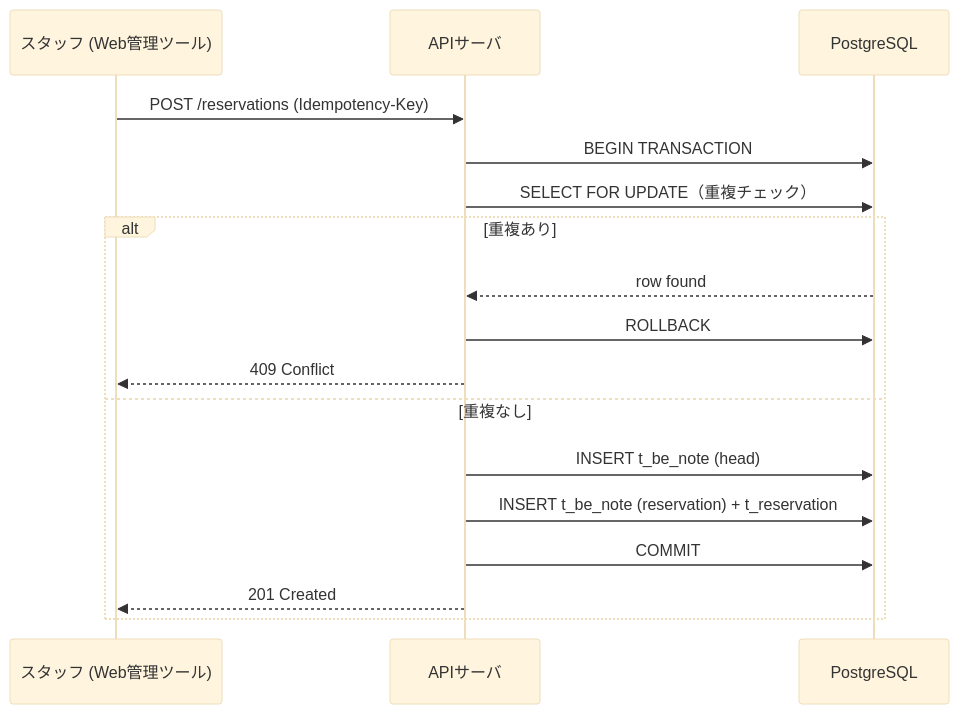
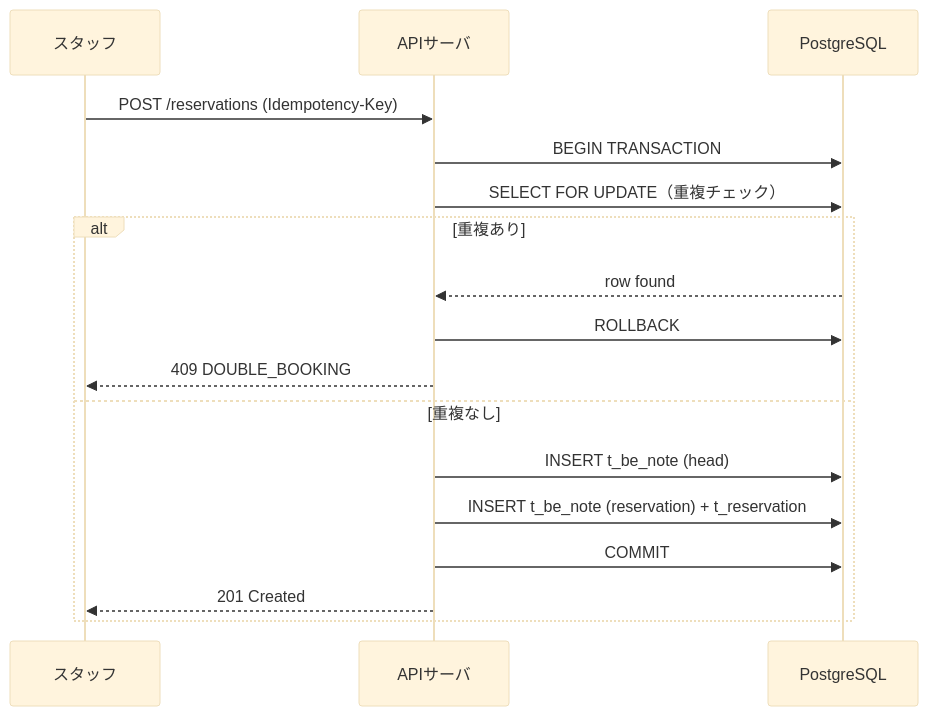
The first of 2 diagrams in 定義書/予約ロジック設計書.md (hachiju88/be-note), drawn with Mermaid (base theme) before and after one commit. The commit also changed other lines of this file, not shown here.

````diff
--- a/定義書/予約ロジック設計書.md
+++ b/定義書/予約ロジック設計書.md
@@ -434,20 +537,20 @@
 ```mermaid
 sequenceDiagram
-    participant S as スタッフ (Web管理ツール)
+    participant S as スタッフ
     participant API as APIサーバ
     participant DB as PostgreSQL
 
     S->>API: POST /reservations (Idempotency-Key)
     API->>DB: BEGIN TRANSACTION
     API->>DB: SELECT FOR UPDATE（重複チェック）
     alt 重複あり
         DB-->>API: row found
         API->>DB: ROLLBACK
-        API-->>S: 409 Conflict
+        API-->>S: 409 DOUBLE_BOOKING
     else 重複なし
         API->>DB: INSERT t_be_note (head)
         API->>DB: INSERT t_be_note (reservation) + t_reservation
         API->>DB: COMMIT
         API-->>S: 201 Created
     end
 ```
````
